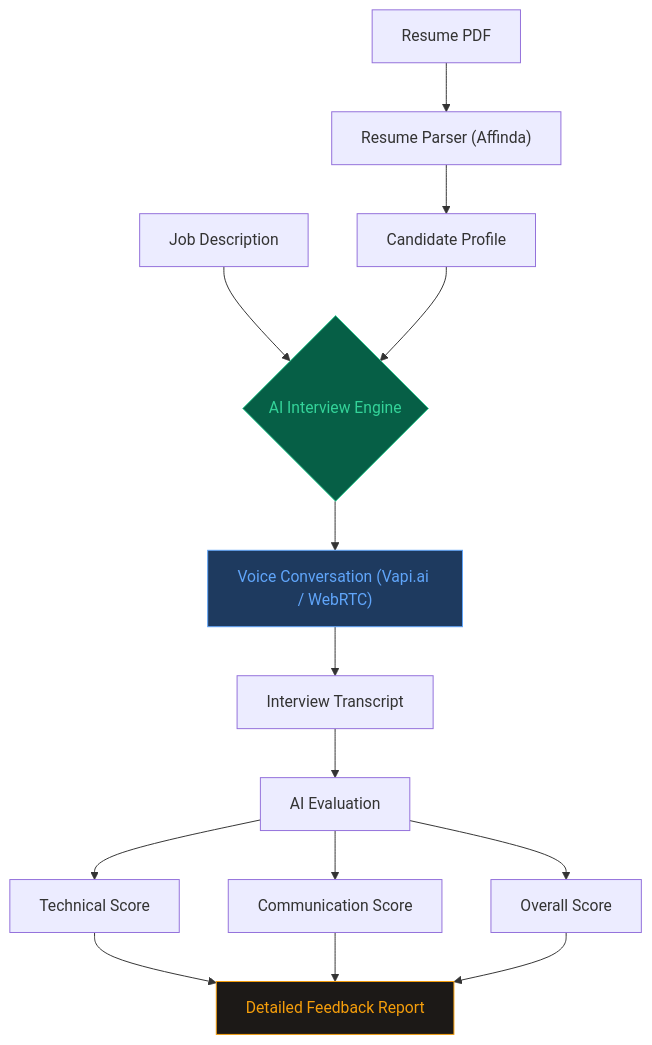
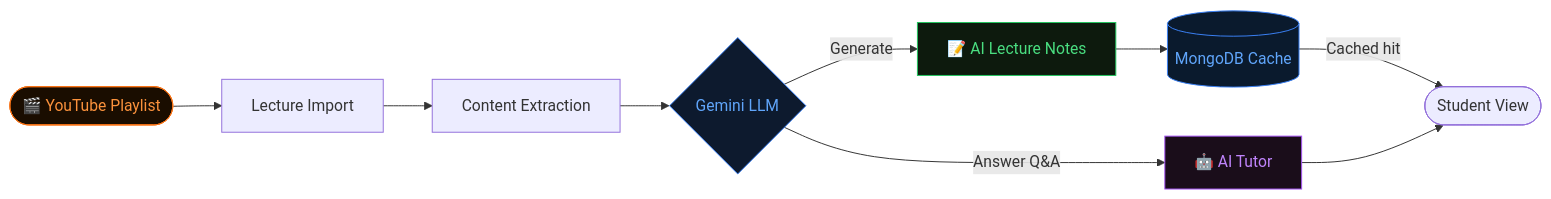
The second of 6 diagrams in README.md (Piyush6046/Piyush6046), drawn with Mermaid before and after one commit. The commit also changed other lines of this file, not shown here.

````diff
--- a/README.md
+++ b/README.md
@@ -153,20 +165,17 @@
 ```mermaid
-flowchart TD
-    A["Resume PDF"] --> B["Resume Parser (Affinda)"]
-    B --> C["Candidate Profile"]
-    D["Job Description"] --> E{"AI Interview Engine"}
-    C --> E
-    E --> F["Voice Conversation (Vapi.ai / WebRTC)"]
-    F --> G["Interview Transcript"]
-    G --> H["AI Evaluation"]
-    H --> I["Technical Score"]
-    H --> J["Communication Score"]
-    H --> K["Overall Score"]
-    I --> L["Detailed Feedback Report"]
-    J --> L
-    K --> L
+flowchart LR
+    A([🎬 YouTube Playlist]) --> B[Lecture Import]
+    B --> C[Content Extraction]
+    C --> D{Gemini LLM}
+    D -->|Generate| E[📝 AI Lecture Notes]
+    D -->|Answer Q&A| F[🤖 AI Tutor]
+    E --> G[(MongoDB Cache)]
+    G -->|Cached hit| H([Student View])
+    F --> H
 
-    style E fill:#065f46,color:#34d399,stroke:#34d399
-    style F fill:#1e3a5f,color:#60a5fa,stroke:#60a5fa
-    style L fill:#1c1917,color:#f59e0b,stroke:#f59e0b
+    style A fill:#1a0d00,color:#fb923c,stroke:#f97316
+    style D fill:#0d1a2e,color:#60a5fa,stroke:#3b82f6
+    style E fill:#0d1a0d,color:#4ade80,stroke:#22c55e
+    style F fill:#1a0d1a,color:#c084fc,stroke:#a855f7
+    style G fill:#0a1a2d,color:#60a5fa,stroke:#3b82f6
 ```
````
